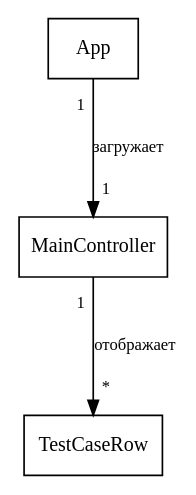
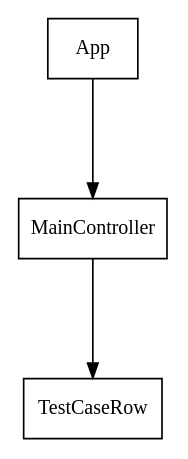
Before and after one commit to nastolbov/AutoTestGeneratorUpdate: the diagram in diagrams/cls_ui_initial.dot, drawn with Graphviz. The commit also changed 38 other files, not shown here.

```diff
--- a/diagrams/cls_ui_initial.dot
+++ b/diagrams/cls_ui_initial.dot
@@ -1,13 +1,13 @@
 digraph cls_ui_initial {
     rankdir=TB; fontname="Liberation Serif";
     nodesep=0.7; ranksep=1.0;
     node [fontname="Liberation Serif", fontsize=12, shape=box, style=filled, fillcolor=white];
-    edge [color=black, fontname="Liberation Serif", fontsize=10, labeldistance=1.8, arrowsize=0.9];
+    edge [color=black, arrowsize=0.9];
 
     App            [label="App"];
     MainController [label="MainController"];
     TestCaseRow    [label="TestCaseRow"];
-    App -> MainController [label="загружает", taillabel="1", headlabel="1"];
-    MainController -> TestCaseRow [label="отображает", taillabel="1", headlabel="*"];
+    App -> MainController;
+    MainController -> TestCaseRow;
 
 }
```
